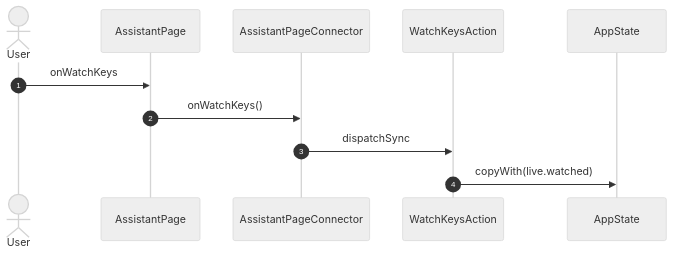
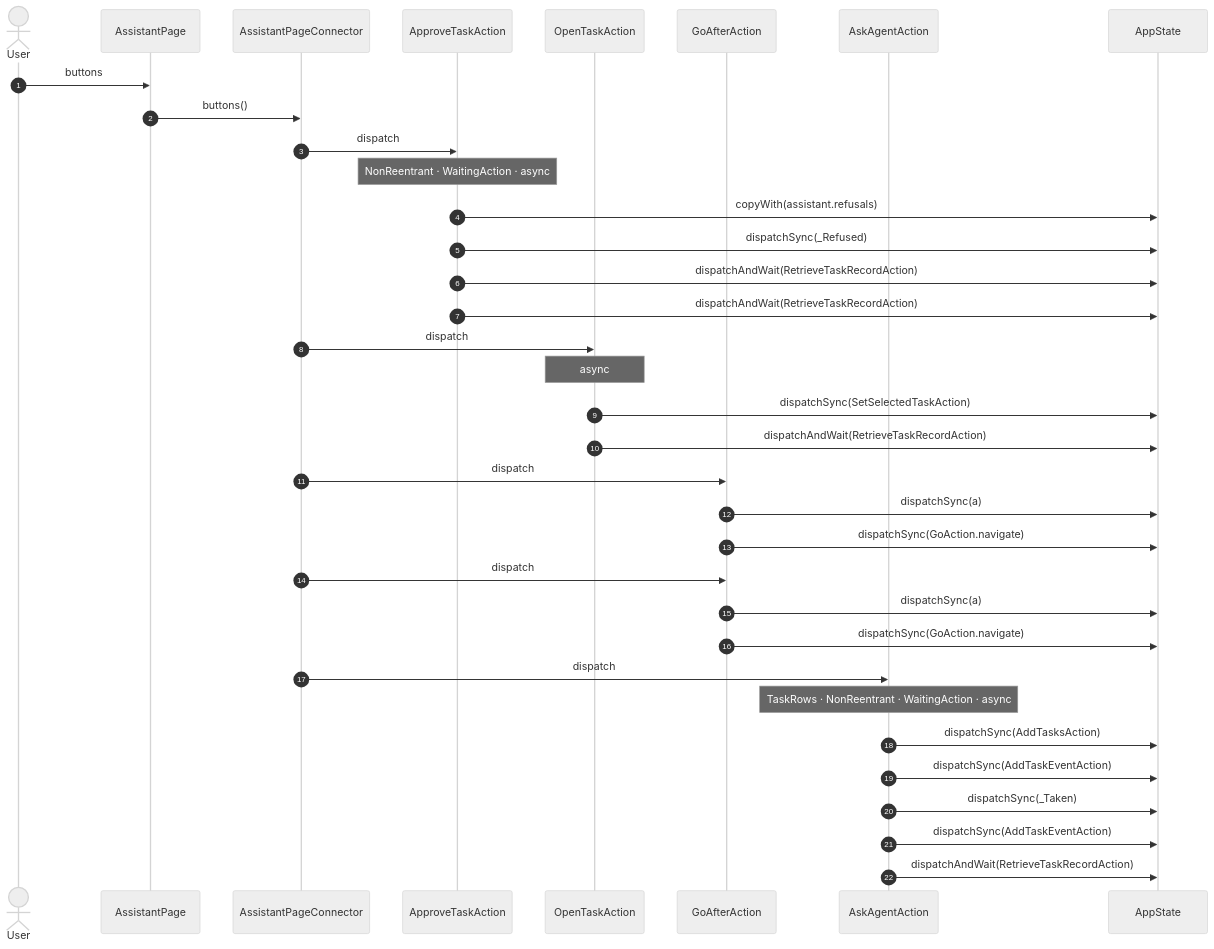
The seventh of 23 diagrams in studio/docs/flows/assistant.md (gencto/wyrm), drawn with Mermaid (neutral theme) before and after one commit. The commit also changed other lines of this file and 94 other files, not shown here.

First line of the commit message:
studio: assistant: typed wire, words in ui, one action per intent

````diff
--- a/studio/docs/flows/assistant.md
+++ b/studio/docs/flows/assistant.md
@@ -130,14 +118,38 @@
 ```mermaid
 sequenceDiagram
     autonumber
     actor User
     participant UI as AssistantPage
     participant VM as AssistantPageConnector
-    participant A1 as WatchKeysAction
+    participant A1 as ApproveTaskAction
+    participant A2 as OpenTaskAction
+    participant A3 as GoAfterAction
+    participant A4 as AskAgentAction
     participant ST as AppState
 
-    User->>UI: onWatchKeys
-    UI->>VM: onWatchKeys()
-    VM->>A1: dispatchSync
-    A1->>ST: copyWith(live.watched)
+    User->>UI: buttons
+    UI->>VM: buttons()
+    VM->>A1: dispatch
+    Note over A1: NonReentrant · WaitingAction · async
+    A1->>ST: copyWith(assistant.refusals)
+    A1->>ST: dispatchSync(_Refused)
+    A1->>ST: dispatchAndWait(RetrieveTaskRecordAction)
+    A1->>ST: dispatchAndWait(RetrieveTaskRecordAction)
+    VM->>A2: dispatch
+    Note over A2: async
+    A2->>ST: dispatchSync(SetSelectedTaskAction)
+    A2->>ST: dispatchAndWait(RetrieveTaskRecordAction)
+    VM->>A3: dispatch
+    A3->>ST: dispatchSync(a)
+    A3->>ST: dispatchSync(GoAction.navigate)
+    VM->>A3: dispatch
+    A3->>ST: dispatchSync(a)
+    A3->>ST: dispatchSync(GoAction.navigate)
+    VM->>A4: dispatch
+    Note over A4: TaskRows · NonReentrant · WaitingAction · async
+    A4->>ST: dispatchSync(AddTasksAction)
+    A4->>ST: dispatchSync(AddTaskEventAction)
+    A4->>ST: dispatchSync(_Taken)
+    A4->>ST: dispatchSync(AddTaskEventAction)
+    A4->>ST: dispatchAndWait(RetrieveTaskRecordAction)
 ```
````
